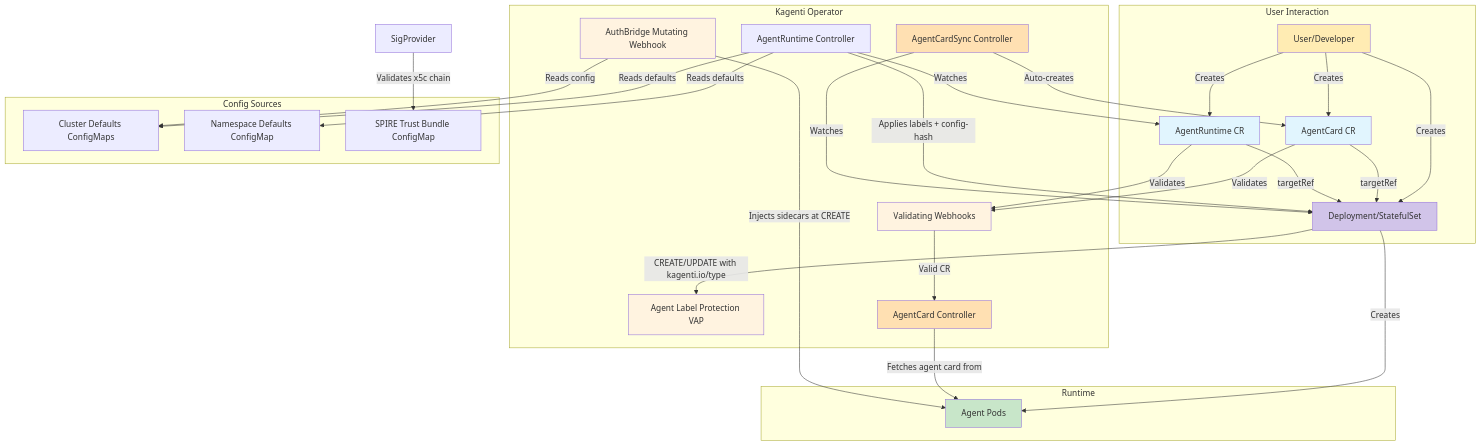
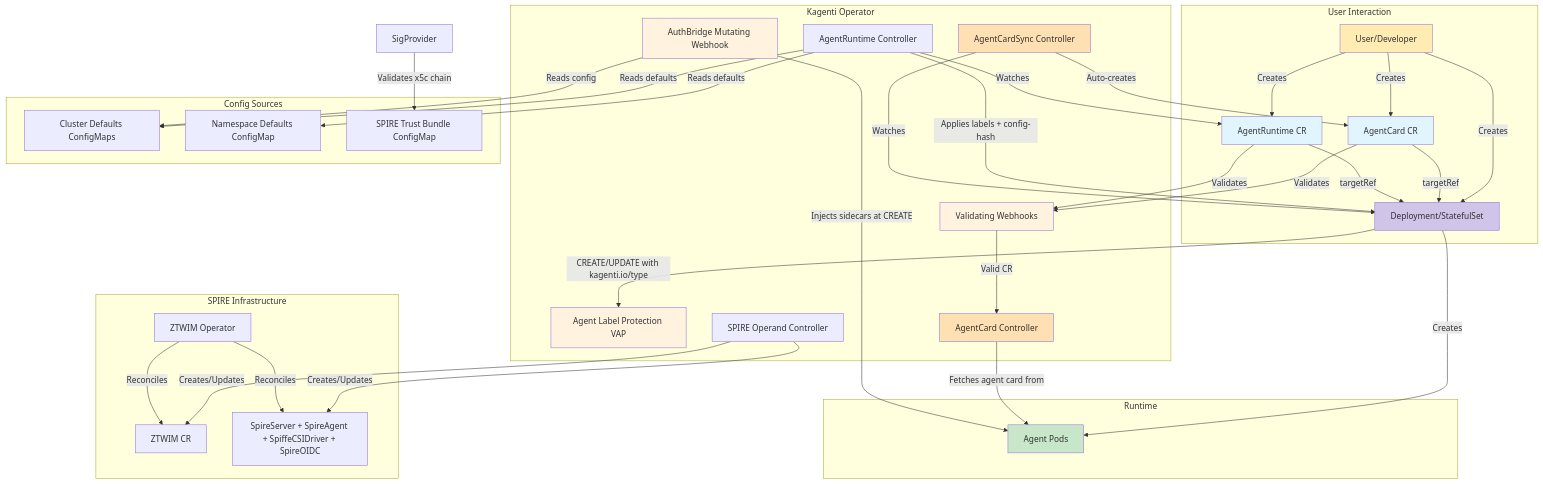
One commit to opendatahub-io/agents-operator changed the diagram in kagenti-operator/docs/architecture.md. Above: the diagram before and after it, drawn with Mermaid. The commit also changed other lines of this file and 1 other file, not shown here.

First line of the commit message:
docs: add SPIRE operand controller to architecture and operator docs

````diff
--- a/kagenti-operator/docs/architecture.md
+++ b/kagenti-operator/docs/architecture.md
@@ -95,61 +107,72 @@
 ```mermaid
 graph TB
     subgraph "User Interaction"
         User[User/Developer]
         User -->|Creates| Deployment[Deployment/StatefulSet]
         User -->|Creates| CardCR[AgentCard CR]
         User -->|Creates| RuntimeCR[AgentRuntime CR]
     end
 
     subgraph "Kagenti Operator"
         ValidationWebhook[Validating Webhooks]
         InjectionWebhook[AuthBridge Mutating Webhook]
         VAP[Agent Label Protection VAP]
         CardController[AgentCard Controller]
         SyncController[AgentCardSync Controller]
         RuntimeController[AgentRuntime Controller]
+        SpireController[SPIRE Operand Controller]
         CardCR -->|Validates| ValidationWebhook
         RuntimeCR -->|Validates| ValidationWebhook
         Deployment -->|CREATE/UPDATE with kagenti.io/type| VAP
 
         ValidationWebhook -->|Valid CR| CardController
+    end
+
+    subgraph "SPIRE Infrastructure"
+        ZTWIMCR[ZTWIM CR]
+        SpireCRs[SpireServer + SpireAgent + SpiffeCSIDriver + SpireOIDC]
+        ZTWIMOperator[ZTWIM Operator]
+        SpireController -->|Creates/Updates| ZTWIMCR
+        SpireController -->|Creates/Updates| SpireCRs
+        ZTWIMOperator -->|Reconciles| ZTWIMCR
+        ZTWIMOperator -->|Reconciles| SpireCRs
     end
 
     subgraph "Config Sources"
         ClusterCM[Cluster Defaults ConfigMaps]
         NsCM[Namespace Defaults ConfigMap]
         TrustBundle[SPIRE Trust Bundle ConfigMap]
     end
 
     subgraph "Runtime"
         Pod[Agent Pods]
 
         Deployment -->|Creates| Pod
         CardController -->|Fetches agent card from| Pod
         InjectionWebhook -->|Injects sidecars at CREATE| Pod
     end
 
     SigProvider -->|Validates x5c chain| TrustBundle
 
     RuntimeController -->|Applies labels + config-hash| Deployment
     RuntimeController -->|Reads defaults| ClusterCM
     RuntimeController -->|Reads defaults| NsCM
     RuntimeController -->|Watches| RuntimeCR
     InjectionWebhook -->|Reads config| ClusterCM
 
     SyncController -->|Watches| Deployment
     SyncController -->|Auto-creates| CardCR
     CardCR -->|targetRef| Deployment
     RuntimeCR -->|targetRef| Deployment
 
     style User fill:#ffecb3
     style CardCR fill:#e1f5fe
     style RuntimeCR fill:#e1f5fe
     style ValidationWebhook fill:#fff3e0
     style InjectionWebhook fill:#fff3e0
     style VAP fill:#fff3e0
     style CardController fill:#ffe0b2
     style SyncController fill:#ffe0b2
     style Deployment fill:#d1c4e9
     style Pod fill:#c8e6c9
 ```
````
